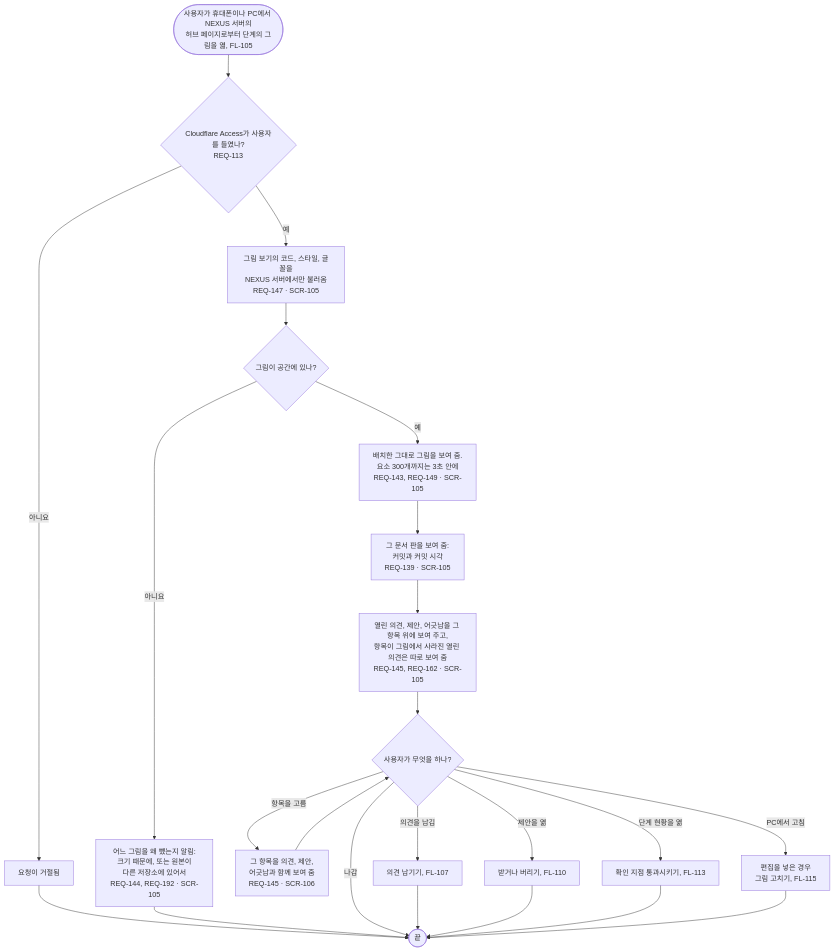
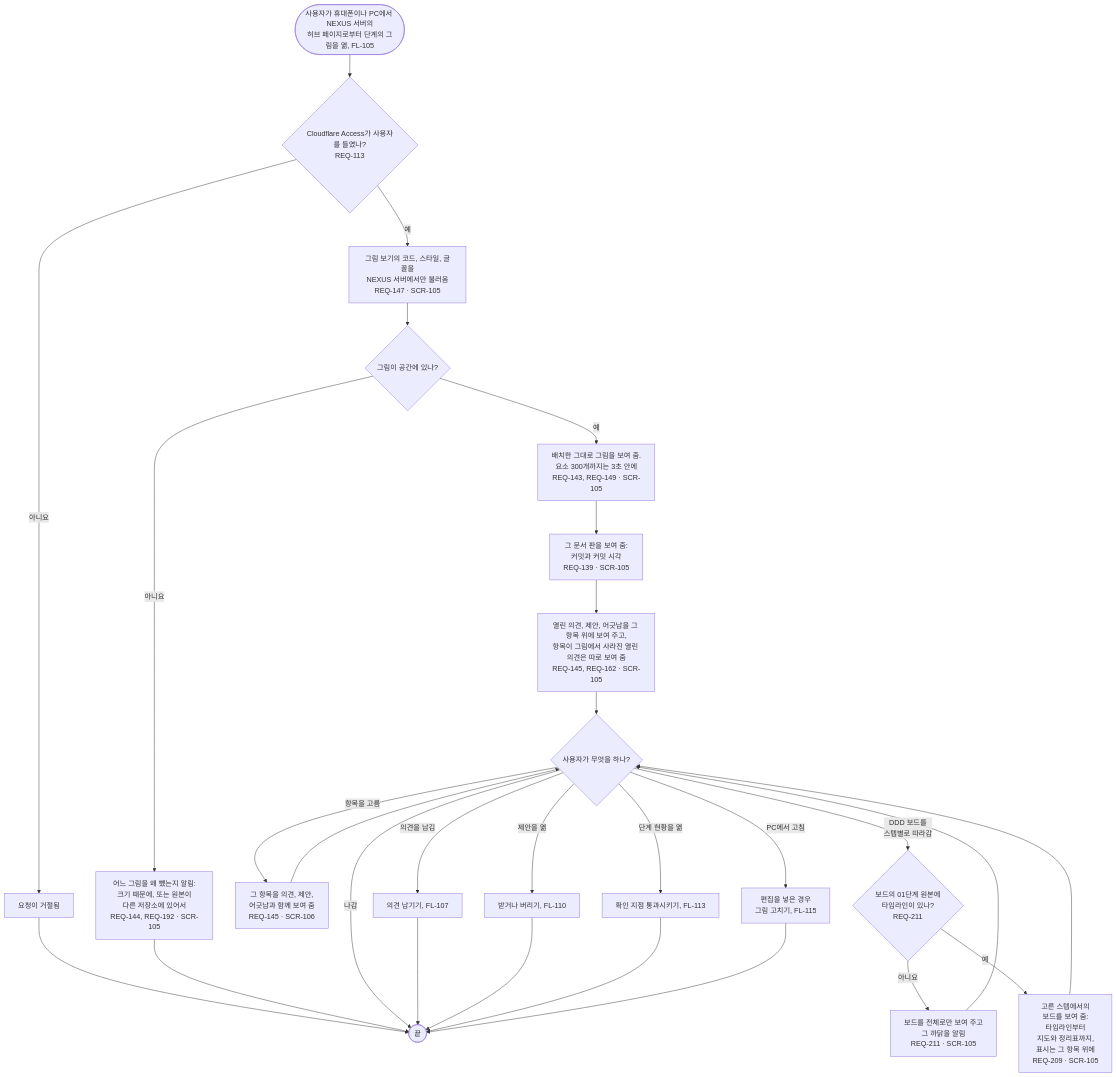
The diagram in docs/03-user-flow/nexus/FL-106-look-at-a-picture.ko.md (kodonghui/corthex-nexus), drawn with Mermaid before and after one commit. The commit also changed other lines of this file and 28 other files, not shown here.

````diff
--- a/docs/03-user-flow/nexus/FL-106-look-at-a-picture.ko.md
+++ b/docs/03-user-flow/nexus/FL-106-look-at-a-picture.ko.md
@@ -9,25 +9,30 @@
 ```mermaid
 flowchart TD
   A(["사용자가 휴대폰이나 PC에서 NEXUS 서버의<br/>허브 페이지로부터 단계의 그림을 엶, FL-105"]) --> B{"Cloudflare Access가 사용자를 들였나?<br/>REQ-113"}
   B -->|아니요| B1["요청이 거절됨"]
   B1 --> Z(["끝"])
   B -->|예| C["그림 보기의 코드, 스타일, 글꼴을<br/>NEXUS 서버에서만 불러옴<br/>REQ-147 · SCR-105"]
   C --> D{"그림이 공간에 있나?"}
   D -->|아니요| D1["어느 그림을 왜 뺐는지 알림:<br/>크기 때문에, 또는 원본이<br/>다른 저장소에 있어서<br/>REQ-144, REQ-192 · SCR-105"]
   D1 --> Z
   D -->|예| E["배치한 그대로 그림을 보여 줌.<br/>요소 300개까지는 3초 안에<br/>REQ-143, REQ-149 · SCR-105"]
   E --> F["그 문서 판을 보여 줌:<br/>커밋과 커밋 시각<br/>REQ-139 · SCR-105"]
   F --> G["열린 의견, 제안, 어긋남을 그 항목 위에 보여 주고,<br/>항목이 그림에서 사라진 열린 의견은 따로 보여 줌<br/>REQ-145, REQ-162 · SCR-105"]
   G --> I{"사용자가 무엇을 하나?"}
   I -->|항목을 고름| J["그 항목을 의견, 제안,<br/>어긋남과 함께 보여 줌<br/>REQ-145 · SCR-106"]
   J --> I
+  I -->|DDD 보드를<br/>스텝별로 따라감| S{"보드의 01단계 원본에<br/>타임라인이 있나?<br/>REQ-211"}
+  S -->|아니요| S1["보드를 전체로만 보여 주고<br/>그 까닭을 알림<br/>REQ-211 · SCR-105"]
+  S1 --> I
+  S -->|예| S2["고른 스텝에서의<br/>보드를 보여 줌:<br/>타임라인부터<br/>지도와 정리표까지,<br/>표시는 그 항목 위에<br/>REQ-209 · SCR-105"]
+  S2 --> I
   I -->|의견을 남김| K["의견 남기기, FL-107"]
   I -->|제안을 엶| L["받거나 버리기, FL-110"]
   I -->|단계 현황을 엶| M["확인 지점 통과시키기, FL-113"]
   I -->|PC에서 고침| P["편집을 넣은 경우<br/>그림 고치기, FL-115"]
   I -->|나감| Z
   K --> Z
   L --> Z
   M --> Z
   P --> Z
 ```
````
